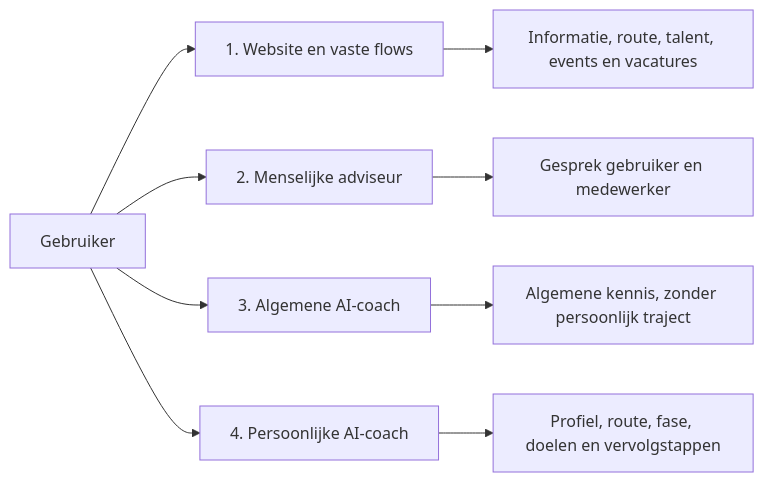
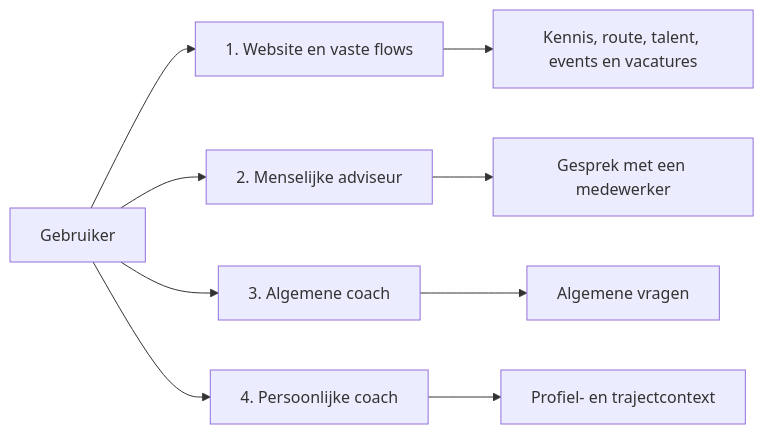
One commit to E-AI-MODEL/DoorHot changed the third of 4 diagrams in README.md. Above: the diagram before and after it, drawn with Mermaid. The commit also changed other lines of this file, not shown here.

````diff
--- a/README.md
+++ b/README.md
@@ -84,12 +291,14 @@
 ```mermaid
 flowchart LR
-    U["Gebruiker"] --> W["1. Website en vaste flows"]
-    U --> H["2. Menselijke adviseur"]
-    U --> G["3. Algemene AI-coach"]
-    U --> P["4. Persoonlijke AI-coach"]
+    U["Gebruiker"]
 
-    W --> C["Informatie, route, talent, events en vacatures"]
-    H --> A["Gesprek gebruiker en medewerker"]
-    G --> K["Algemene kennis, zonder persoonlijk traject"]
-    P --> J["Profiel, route, fase, doelen en vervolgstappen"]
+    U --> W["1. Website en vaste flows"]
+    U --> M["2. Menselijke adviseur"]
+    U --> G["3. Algemene coach"]
+    U --> P["4. Persoonlijke coach"]
+
+    W --> W1["Kennis, route, talent, events en vacatures"]
+    M --> M1["Gesprek met een medewerker"]
+    G --> G1["Algemene vragen"]
+    P --> P1["Profiel- en trajectcontext"]
 ```
````
